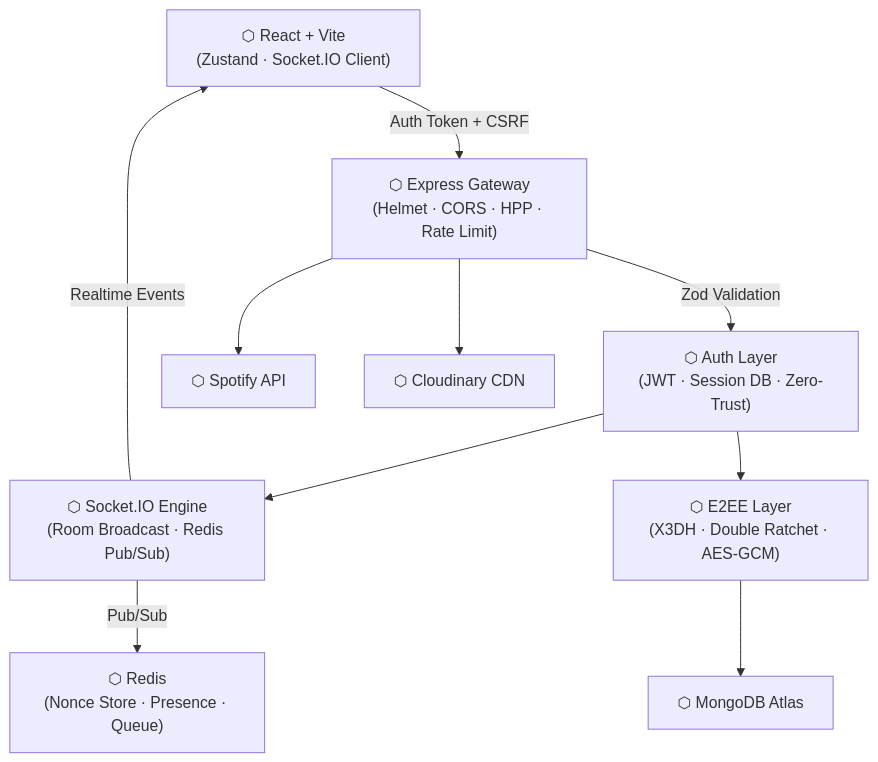
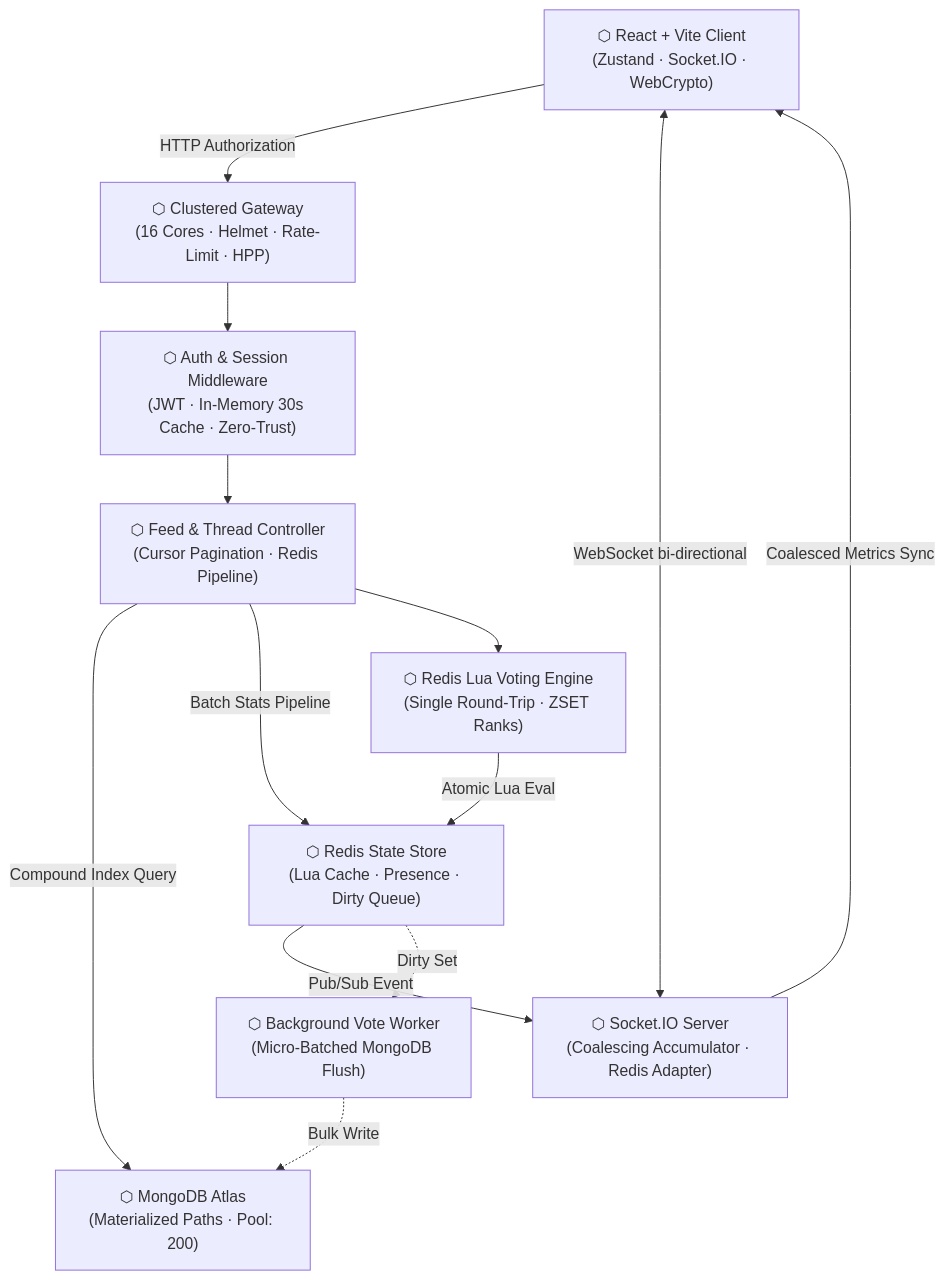
The diagram in README.md (AagoshRajSri/Orbit), drawn with Mermaid before and after one commit. The commit also changed other lines of this file and 26 other files, not shown here.

First line of the commit message:
feat(feed): implement high-concurrency Reddit-grade feed, materialized paths, atomic Redis Lua voting, and 16-core clustering

````diff
--- a/README.md
+++ b/README.md
@@ -118,22 +307,25 @@
 ```mermaid
 graph TD
-    Client["⬡ React + Vite\n(Zustand · Socket.IO Client)"]
-    Gateway["⬡ Express Gateway\n(Helmet · CORS · HPP · Rate Limit)"]
-    Auth["⬡ Auth Layer\n(JWT · Session DB · Zero-Trust)"]
-    Socket["⬡ Socket.IO Engine\n(Room Broadcast · Redis Pub/Sub)"]
-    Crypto["⬡ E2EE Layer\n(X3DH · Double Ratchet · AES-GCM)"]
-    DB["⬡ MongoDB Atlas"]
-    Redis["⬡ Redis\n(Nonce Store · Presence · Queue)"]
-    Spotify["⬡ Spotify API"]
-    CDN["⬡ Cloudinary CDN"]
+    Client["⬡ React + Vite Client\n(Zustand · Socket.IO · WebCrypto)"]
+    Gateway["⬡ Clustered Gateway\n(16 Cores · Helmet · Rate-Limit · HPP)"]
+    Auth["⬡ Auth & Session Middleware\n(JWT · In-Memory 30s Cache · Zero-Trust)"]
+    FeedCtrl["⬡ Feed & Thread Controller\n(Cursor Pagination · Redis Pipeline)"]
+    VoteEngine["⬡ Redis Lua Voting Engine\n(Single Round-Trip · ZSET Ranks)"]
+    Socket["⬡ Socket.IO Server\n(Coalescing Accumulator · Redis Adapter)"]
+    Mongo["⬡ MongoDB Atlas\n(Materialized Paths · Pool: 200)"]
+    Redis["⬡ Redis State Store\n(Lua Cache · Presence · Dirty Queue)"]
+    Worker["⬡ Background Vote Worker\n(Micro-Batched MongoDB Flush)"]
 
-    Client -->|Auth Token + CSRF| Gateway
-    Gateway -->|Zod Validation| Auth
-    Auth --> Socket
-    Auth --> Crypto
-    Crypto --> DB
-    Socket -->|Pub/Sub| Redis
-    Socket -->|Realtime Events| Client
-    Gateway --> Spotify
-    Gateway --> CDN
+    Client -->|HTTP Authorization| Gateway
+    Client <-->|WebSocket bi-directional| Socket
+    Gateway --> Auth
+    Auth --> FeedCtrl
+    FeedCtrl -->|Compound Index Query| Mongo
+    FeedCtrl -->|Batch Stats Pipeline| Redis
+    FeedCtrl --> VoteEngine
+    VoteEngine -->|Atomic Lua Eval| Redis
+    Redis -->|Pub/Sub Event| Socket
+    Socket -->|Coalesced Metrics Sync| Client
+    Redis -.->|Dirty Set| Worker
+    Worker -.->|Bulk Write| Mongo
 ```
````
